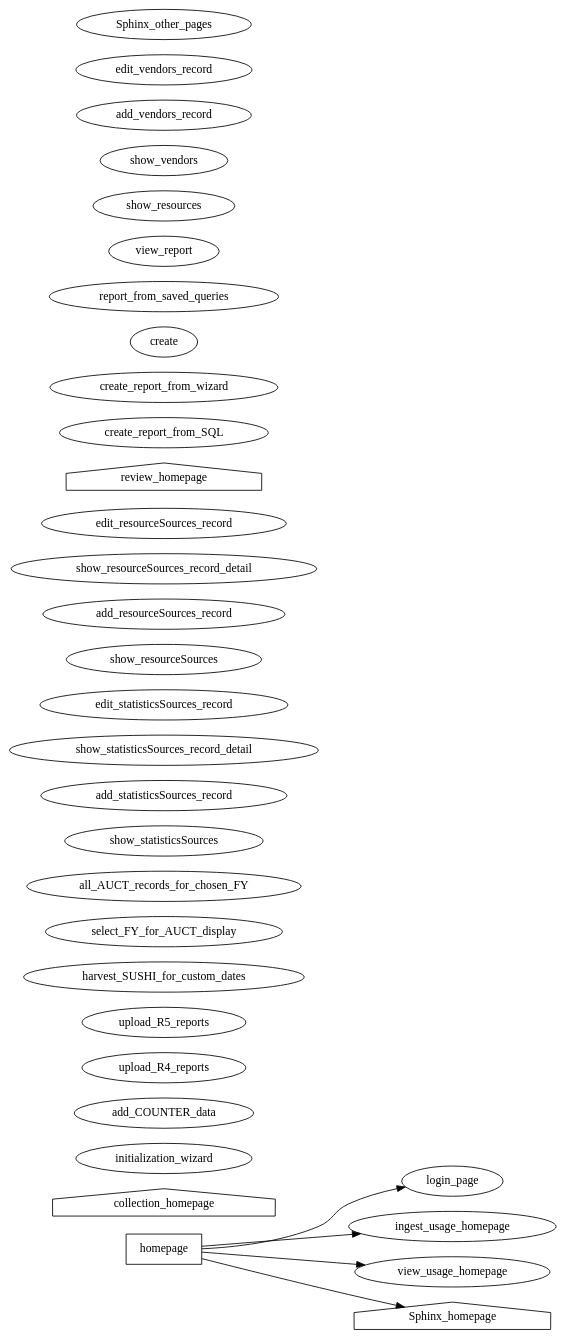
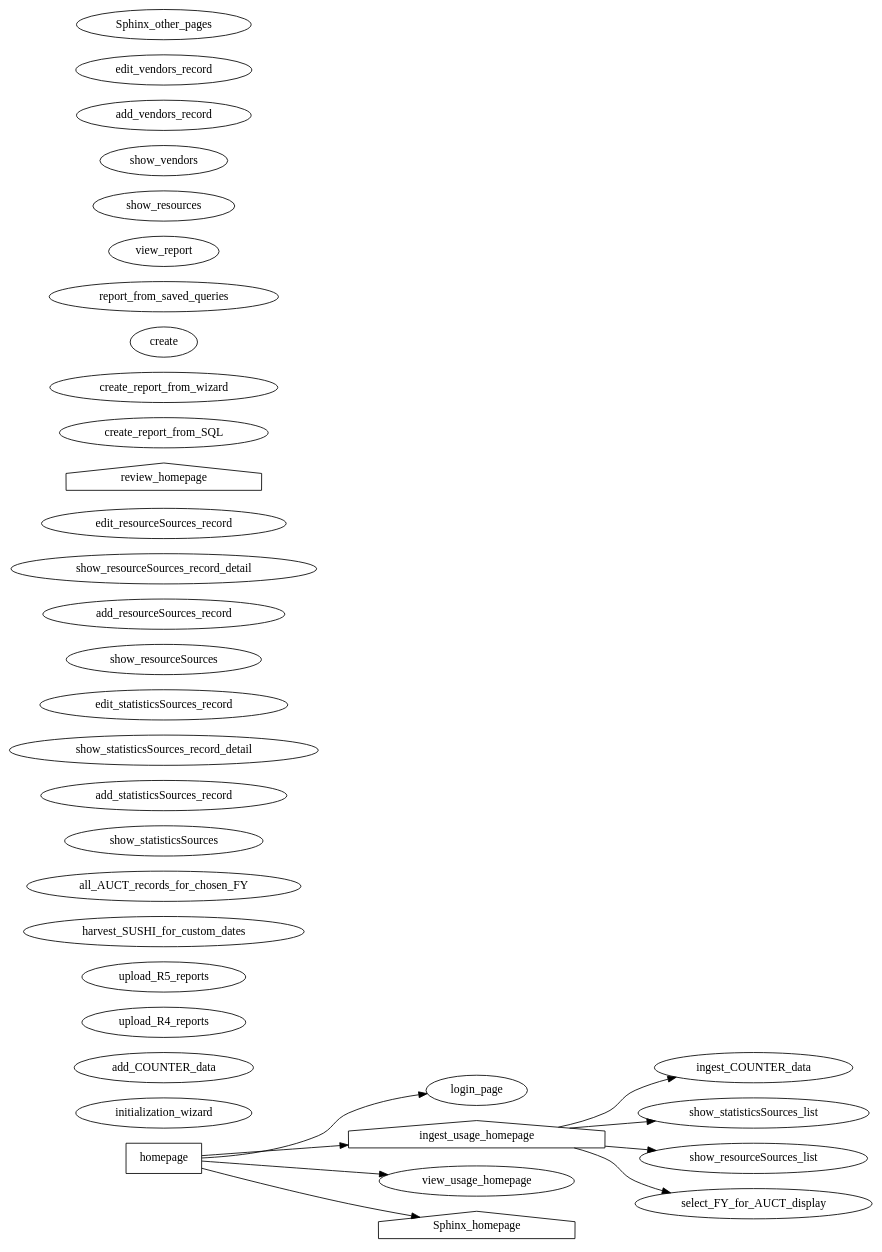
Before and after one commit to ereiskind/nolcat: the diagram in docs/source/sitemap.dot, drawn with Graphviz.

Commit message:
Update ingest blueprint homepage and its dependencies

```diff
--- a/docs/source/sitemap.dot
+++ b/docs/source/sitemap.dot
@@ -1,104 +1,104 @@
 digraph nolcat_sitemap {
     /* *** NoLCAT SITEMAP *** */
     rankdir=LR
 
 
     /* *** Main NoLCAT Folder *** */
     homepage [shape="box"]
         homepage -> login_page
         homepage -> ingest_usage_homepage
         homepage -> view_usage_homepage
         homepage -> Sphinx_homepage
     login_page
     // And any other pages needed for authentication
 
 
     /* *** `ingest` Blueprint *** */
-    //
+    ingest_usage_homepage [shape="house"]
+        ingest_usage_homepage -> ingest_COUNTER_data
+        ingest_usage_homepage -> show_statisticsSources_list
+        ingest_usage_homepage -> show_resourceSources_list
+        ingest_usage_homepage -> select_FY_for_AUCT_display
 
 
     /* *** `view` Blueprint *** */
     //
 
 
     /* *** Collecting Usage Statistics *** */
     // Pages for collecting usage statistics
-    collection_homepage [shape="house"]
-        //collection_homepage -> add_COUNTER_data
-        //collection_homepage -> select_FY_for_AUCT_display
-        //collection_homepage -> show_statisticsSources
-        //collection_homepage -> show_resourceSources
+    
     initialization_wizard
     add_COUNTER_data
         //add_COUNTER_data -> upload_R4_reports
         //add_COUNTER_data -> upload_R5_reports
         //add_COUNTER_data -> harvest_SUSHI_for_custom_dates
 
     // Pages for ingesting COUNTER data
     upload_R4_reports
     upload_R5_reports
     harvest_SUSHI_for_custom_dates
 
     // Pages for organizing usage statistics collection
     select_FY_for_AUCT_display
         //select_FY_for_AUCT_display -> all_AUCT_records_for_chosen_FY
     all_AUCT_records_for_chosen_FY
     
     show_statisticsSources
         //show_statisticsSources -> add_statisticsSources_record
         //show_statisticsSources -> show_statisticsSources_record_detail
     add_statisticsSources_record
     show_statisticsSources_record_detail
         //show_statisticsSources_record_detail -> edit_statisticsSources_record
     edit_statisticsSources_record // Includes adding or editing notes
 
     show_resourceSources
         //show_resourceSources -> add_resourceSources_record
         //show_resourceSources -> show_resourceSources_record_detail
     add_resourceSources_record
     show_resourceSources_record_detail
         //show_resourceSources_record_detail -> edit_resourceSources_record
     edit_resourceSources_record // Includes adding or editing notes
 
 
     /* *** Reviewing Usage Statistics *** */
     // Pages for reviewing usage data
     review_homepage [shape="house"]
         //review_homepage -> create_report_from_SQL
         //review_homepage -> create_report_from_wizard
         //review_homepage -> create report_from_saved_queries
         //review_homepage -> show_resourceSources /* DUPLICATED BOX */
         //review_homepage -> show_resources
         //review_homepage -> show_vendors
     
     create_report_from_SQL // Runs a custom SQL statement against the database
     create_report_from_wizard // GUI options are used to write SQL behind the scenes
     create report_from_saved_queries // SQL statements that are either complete or only ask for one input for commonly asked questions
 
         //create_report_from_SQL -> view_report
         //create_report_from_wizard -> view_report
         //create_report_from_saved_queries -> view_report
     view_report
 
     show_resources // Meaning the items in the resources table
     
         //show_resourceSources -> add_resourceSources_record
     add_resourceSources_record
         //show_resourceSources_record_detail -> edit_resourceSources_record
     edit_resourceSources_record // Includes adding or editing notes
     /* A way to handle adding `statisticsSources` to these `resourcesSources` must be developed */
 
     show_vendors
         //show_vendors -> add_vendors_record
     add_vendors_record
         //show_vendors_record_detail -> edit_vendors_record
     edit_vendors_record // Includes adding or editing notes
 
 
     /* *** Program Documentation *** */
     // The Sphinx documentation for the web app
     Sphinx_homepage [shape="house"]
         //Sphinx_homepage -> Sphinx_other_pages
 
     Sphinx_other_pages // Use Sphinx itself for site organization
 }
```
